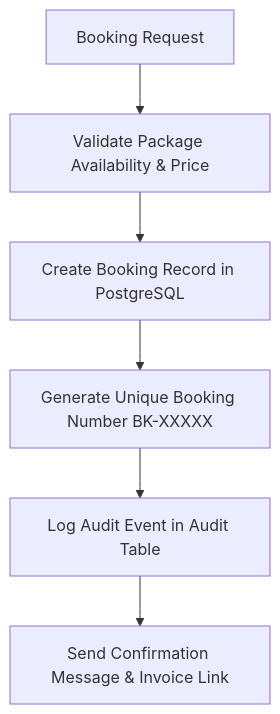
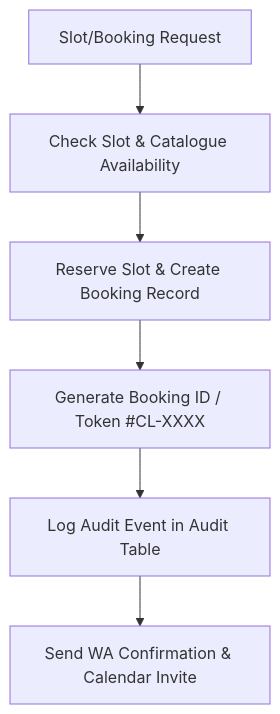
One commit to AnupamaJain/BusinessOS-AI changed the diagram in docs/agents/booking-agent.md. Above: the diagram before and after it, drawn with Mermaid. The commit also changed other lines of this file and 13 other files, not shown here.

````diff
--- a/docs/agents/booking-agent.md
+++ b/docs/agents/booking-agent.md
@@ -20,8 +22,8 @@
 ```mermaid
 graph TD
-    A[Booking Request] --> B[Validate Package Availability & Price]
-    B --> C[Create Booking Record in PostgreSQL]
-    C --> D[Generate Unique Booking Number BK-XXXXX]
+    A[Slot/Booking Request] --> B[Check Slot & Catalogue Availability]
+    B --> C[Reserve Slot & Create Booking Record]
+    C --> D[Generate Booking ID / Token #CL-XXXX]
     D --> E[Log Audit Event in Audit Table]
-    E --> F[Send Confirmation Message & Invoice Link]
+    E --> F[Send WA Confirmation & Calendar Invite]
 ```
````
